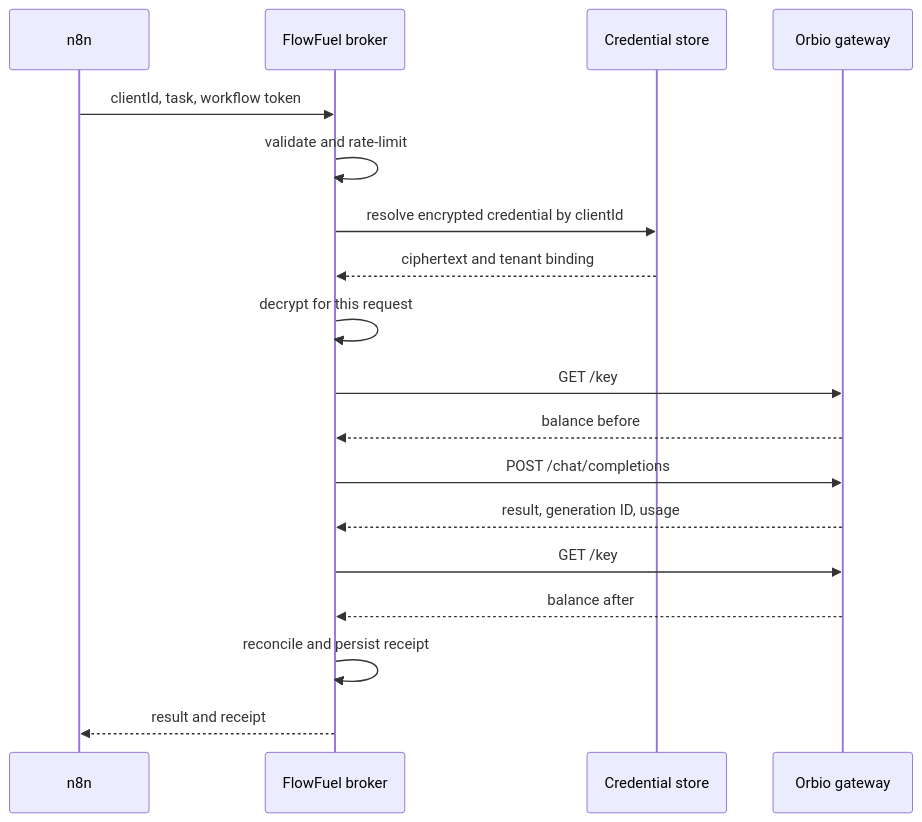
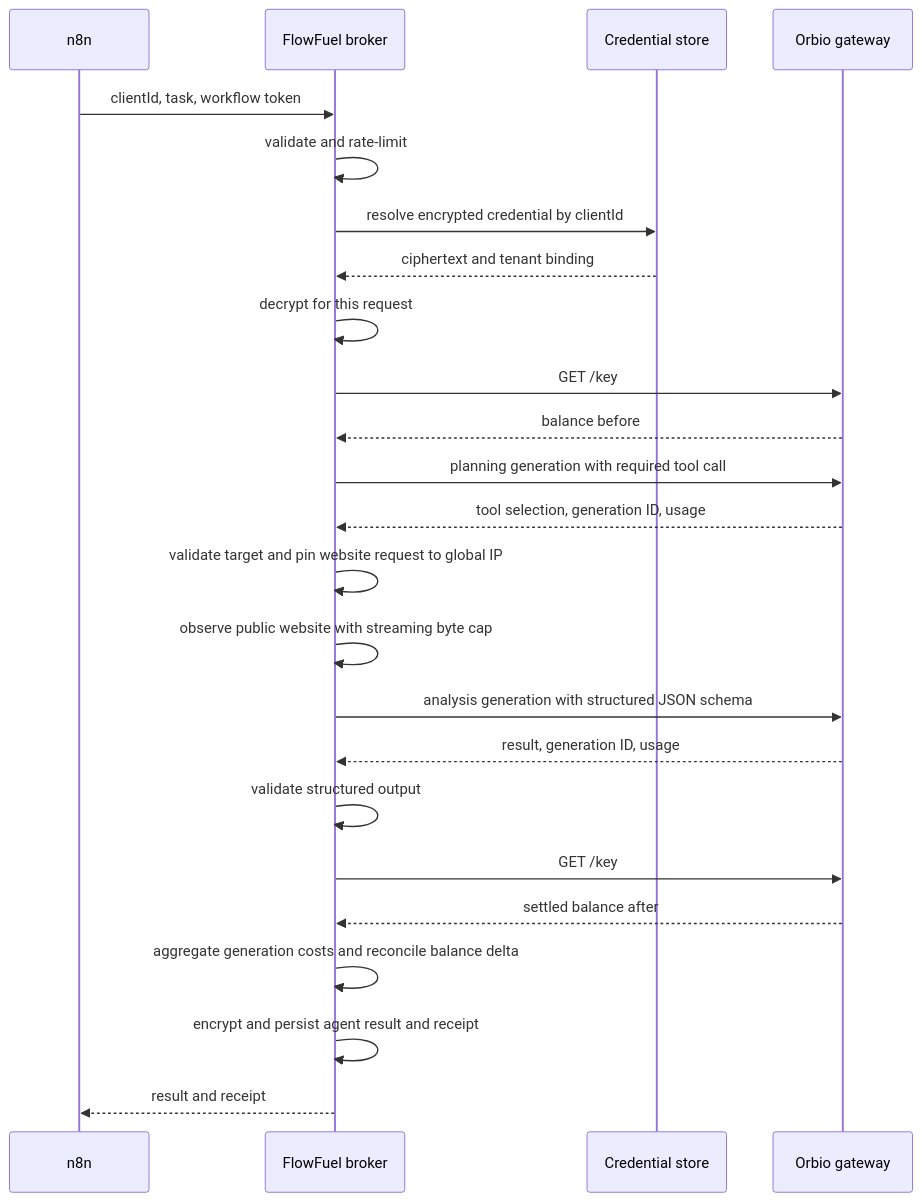
One commit to mystiquemide/flowfuel changed the second of 2 diagrams in docs/ARCHITECTURE.md. Above: the diagram before and after it, drawn with Mermaid. The commit also changed other lines of this file and 33 other files, not shown here.

````diff
--- a/docs/ARCHITECTURE.md
+++ b/docs/ARCHITECTURE.md
@@ -356,21 +369,27 @@
 ```mermaid
 sequenceDiagram
     participant N as n8n
     participant F as FlowFuel broker
     participant D as Credential store
     participant O as Orbio gateway
 
     N->>F: clientId, task, workflow token
     F->>F: validate and rate-limit
     F->>D: resolve encrypted credential by clientId
     D-->>F: ciphertext and tenant binding
     F->>F: decrypt for this request
     F->>O: GET /key
     O-->>F: balance before
-    F->>O: POST /chat/completions
+    F->>O: planning generation with required tool call
+    O-->>F: tool selection, generation ID, usage
+    F->>F: validate target and pin website request to global IP
+    F->>F: observe public website with streaming byte cap
+    F->>O: analysis generation with structured JSON schema
     O-->>F: result, generation ID, usage
+    F->>F: validate structured output
     F->>O: GET /key
-    O-->>F: balance after
-    F->>F: reconcile and persist receipt
+    O-->>F: settled balance after
+    F->>F: aggregate generation costs and reconcile balance delta
+    F->>F: encrypt and persist agent result and receipt
     F-->>N: result and receipt
 ```
````
